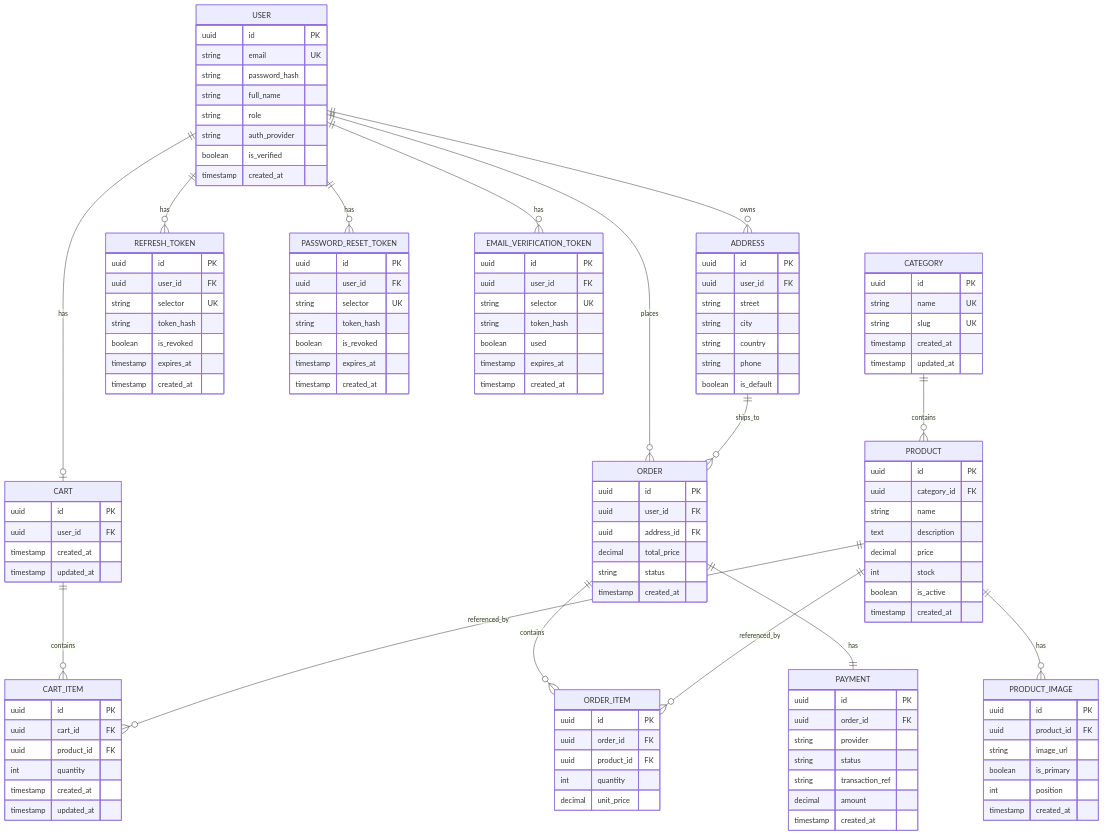
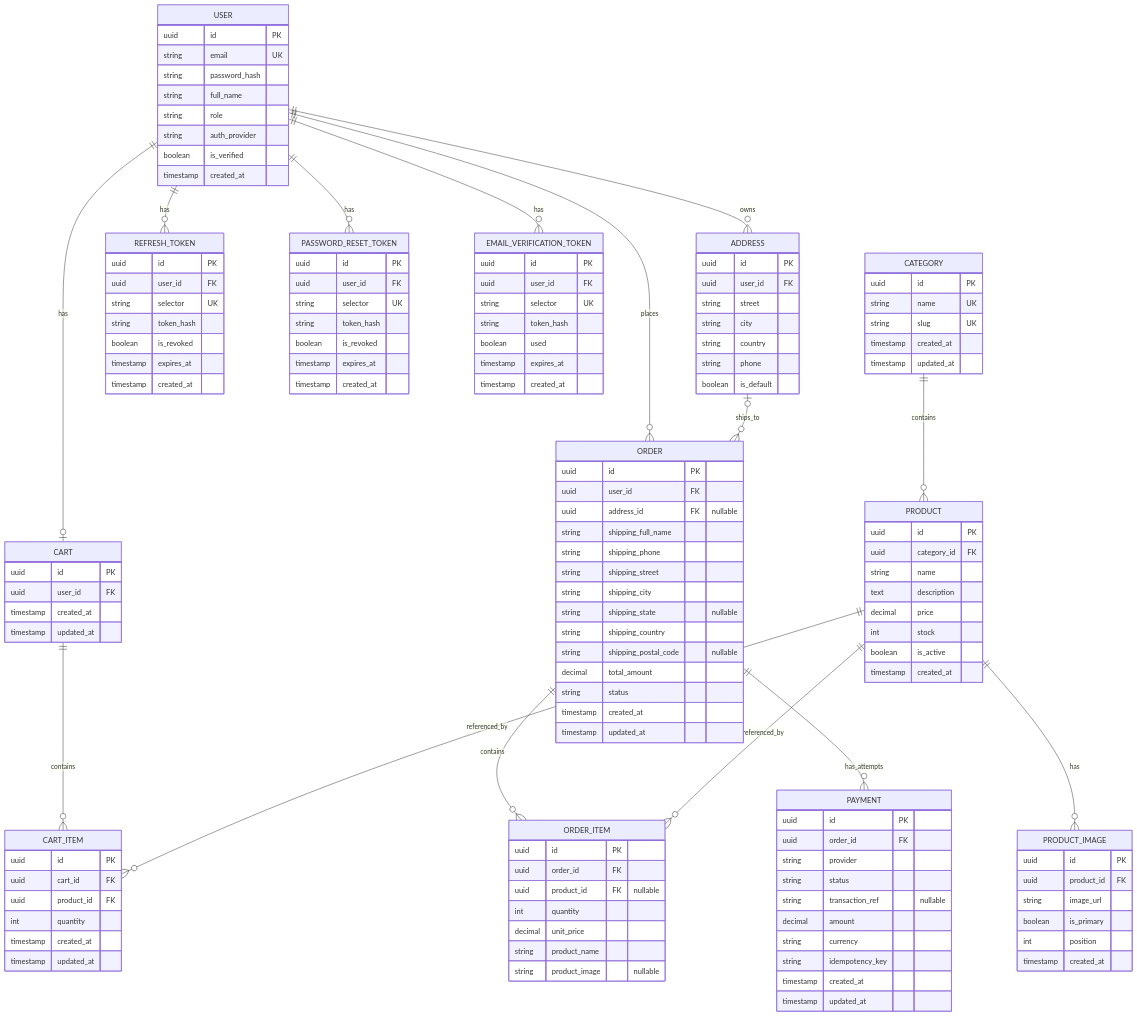
Before and after one commit to OsamaElshaer/ecommerce-store: the diagram in docs/backend/ERD.md, drawn with Mermaid. The commit also changed other lines of this file and 17 other files, not shown here.

Commit message:
feat(payments): implement payment creation flow

````diff
--- a/docs/backend/ERD.md
+++ b/docs/backend/ERD.md
@@ -3,7 +3,5 @@
 ```mermaid
-
 erDiagram
-
     USER ||--o| CART : has
     USER ||--o{ ORDER : places
     USER ||--o{ ADDRESS : owns
@@ -19,9 +17,9 @@
 
     ORDER ||--o{ ORDER_ITEM : contains
     PRODUCT ||--o{ ORDER_ITEM : referenced_by
+    ORDER ||--o{ PAYMENT : has_attempts
 
-    ORDER ||--|| PAYMENT : has
-    ADDRESS ||--o{ ORDER : ships_to
+    ADDRESS o|--o{ ORDER : ships_to
 
     USER {
         uuid id PK
@@ -91,18 +89,28 @@
     ORDER {
         uuid id PK
         uuid user_id FK
-        uuid address_id FK
-        decimal total_price
+        uuid address_id FK "nullable"
+        string shipping_full_name
+        string shipping_phone
+        string shipping_street
+        string shipping_city
+        string shipping_state "nullable"
+        string shipping_country
+        string shipping_postal_code "nullable"
+        decimal total_amount
         string status
         timestamp created_at
+        timestamp updated_at
     }
 
     ORDER_ITEM {
         uuid id PK
         uuid order_id FK
-        uuid product_id FK
+        uuid product_id FK "nullable"
         int quantity
         decimal unit_price
+        string product_name
+        string product_image "nullable"
     }
 
     PAYMENT {
@@ -110,9 +118,12 @@
         uuid order_id FK
         string provider
         string status
-        string transaction_ref
+        string transaction_ref "nullable"
         decimal amount
+        string currency
+        string idempotency_key
         timestamp created_at
+        timestamp updated_at
     }
 
     REFRESH_TOKEN {
````
